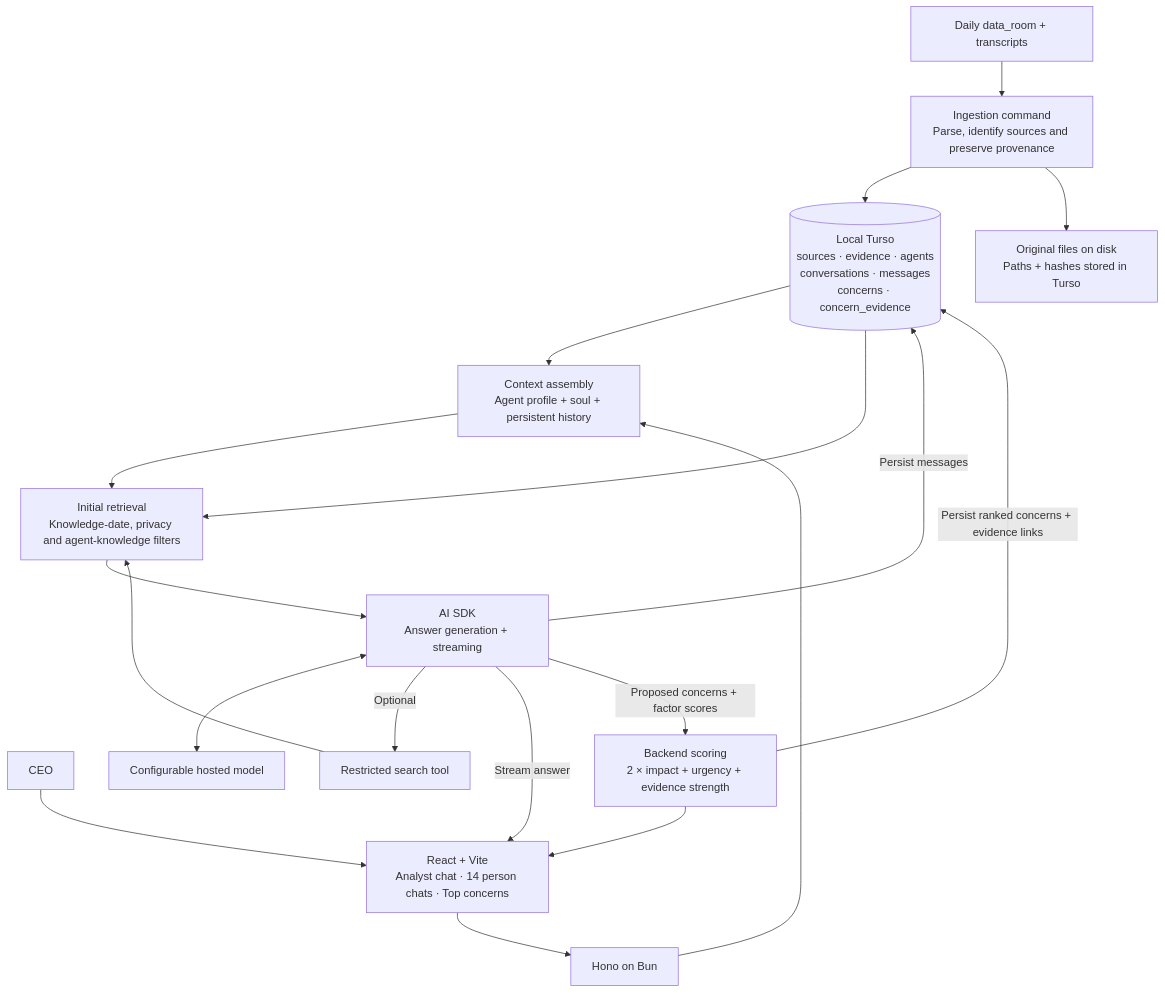
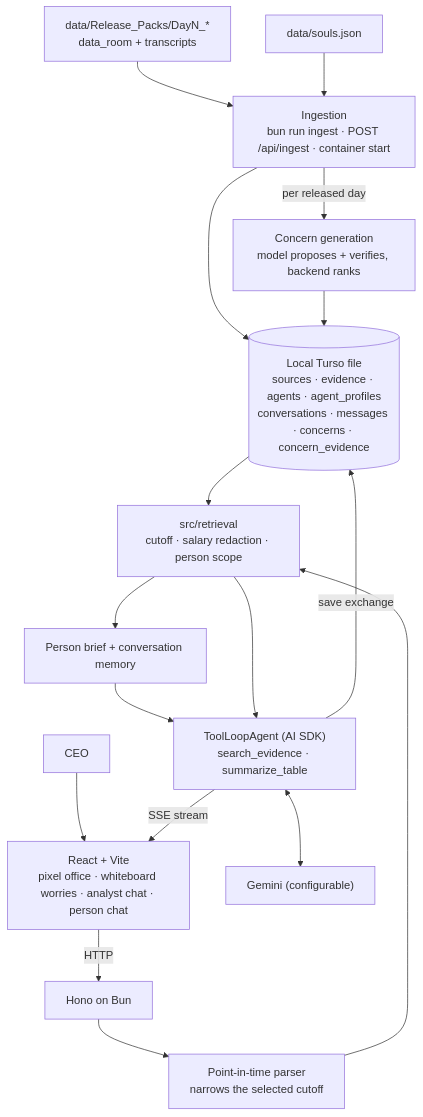
One commit to Anirban-Majumder/veloxa-cockpit-anirban changed the diagram in ARCHITECTURE.md. Above: the diagram before and after it, drawn with Mermaid. The commit also changed other lines of this file and 2 other files, not shown here.

First line of the commit message:
Rewrite architecture and README to match the implementation

````diff
--- a/ARCHITECTURE.md
+++ b/ARCHITECTURE.md
@@ -3,23 +3,20 @@
 ```mermaid
 flowchart TD
-    Drops["Daily data_room + transcripts"] --> Ingest["Ingestion command<br/>Parse, identify sources and preserve provenance"]
-    Ingest --> DB[("Local Turso<br/>sources · evidence · agents<br/>conversations · messages<br/>concerns · concern_evidence")]
-    Ingest --> Files["Original files on disk<br/>Paths + hashes stored in Turso"]
+    Packs["data/Release_Packs/DayN_*<br/>data_room + transcripts"] --> Ingest["Ingestion<br/>bun run ingest · POST /api/ingest · container start"]
+    Souls["data/souls.json"] --> Ingest
+    Ingest --> DB[("Local Turso file<br/>sources · evidence · agents · agent_profiles<br/>conversations · messages · concerns · concern_evidence")]
+    Ingest -->|per released day| Concerns["Concern generation<br/>model proposes + verifies, backend ranks"]
+    Concerns --> DB
 
-    CEO["CEO"] --> UI["React + Vite<br/>Analyst chat · 14 person chats · Top concerns"]
-    UI --> API["Hono on Bun"]
-    API --> Context["Context assembly<br/>Agent profile + soul + persistent history"]
-    DB --> Context
-    Context --> Retrieval["Initial retrieval<br/>Knowledge-date, privacy and agent-knowledge filters"]
+    CEO["CEO"] --> UI["React + Vite<br/>pixel office · whiteboard worries · analyst chat · person chat"]
+    UI -->|HTTP| API["Hono on Bun"]
+    API --> PIT["Point-in-time parser<br/>narrows the selected cutoff"]
+    PIT --> Retrieval["src/retrieval<br/>cutoff · salary redaction · person scope"]
     DB --> Retrieval
-    Retrieval --> SDK["AI SDK<br/>Answer generation + streaming"]
-    SDK <--> Model["Configurable hosted model"]
-    SDK -->|Optional| Search["Restricted search tool"]
-    Search --> Retrieval
-    SDK -->|Persist messages| DB
-    SDK -->|Stream answer| UI
-
-    SDK -->|Proposed concerns + factor scores| Ranking["Backend scoring<br/>2 × impact + urgency + evidence strength"]
-    Ranking -->|Persist ranked concerns + evidence links| DB
-    Ranking --> UI
+    Retrieval --> Brief["Person brief + conversation memory"]
+    Brief --> Agent["ToolLoopAgent (AI SDK)<br/>search_evidence · summarize_table"]
+    Retrieval --> Agent
+    Agent <--> Model["Gemini (configurable)"]
+    Agent -->|SSE stream| UI
+    Agent -->|save exchange| DB
 ```
````
